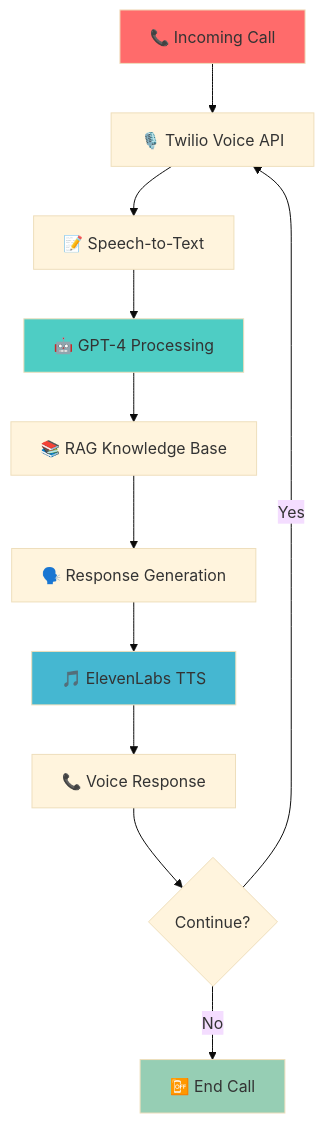
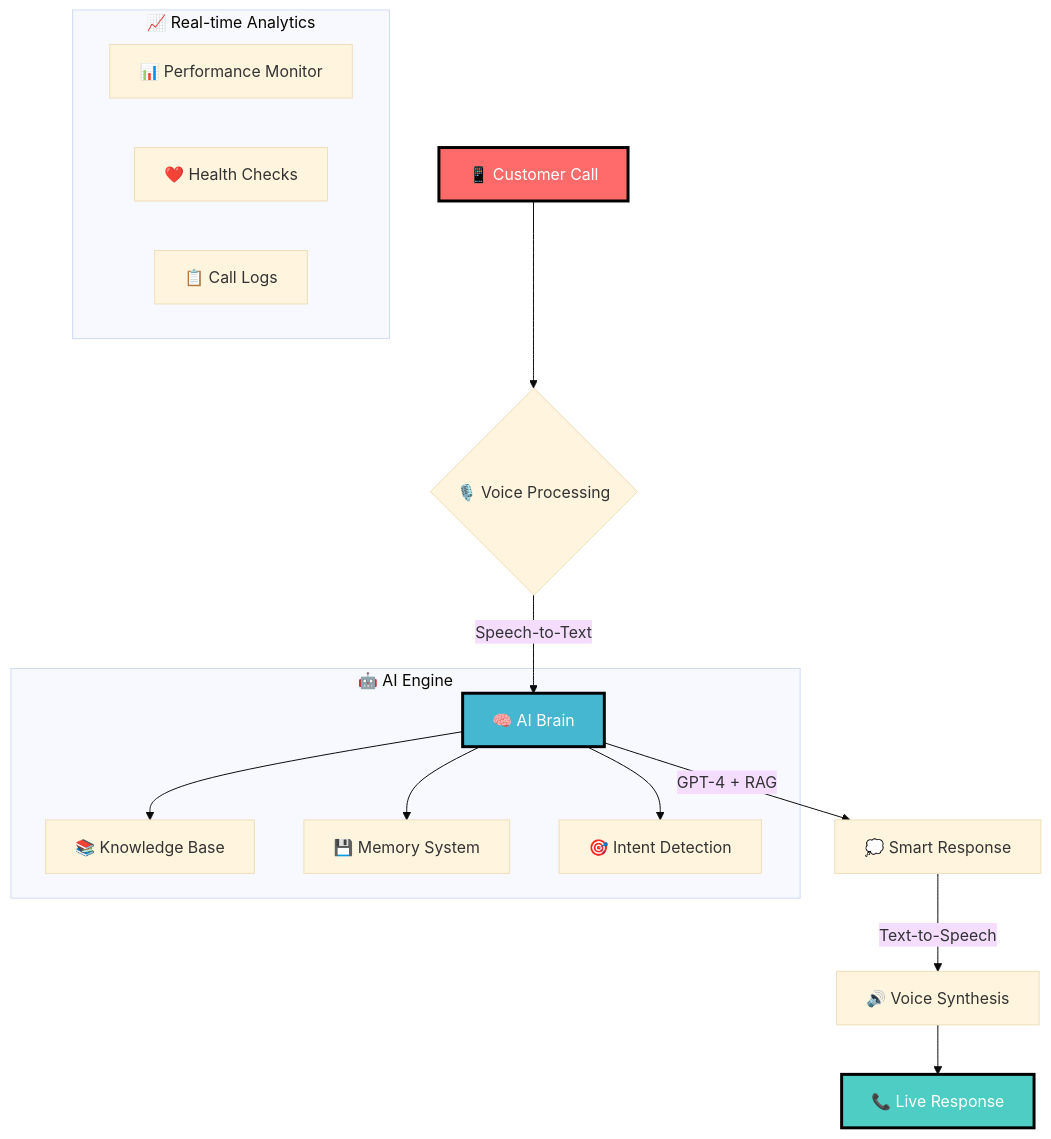
Before and after one commit to alam025/AI-voice-assistant-with-RAG-powered-customer-support: the diagram in README.md, drawn with Mermaid (base theme). The commit also changed other lines of this file, not shown here.

````diff
--- a/README.md
+++ b/README.md
@@ -65,18 +79,24 @@
 ```mermaid
 graph TD
-    A[📞 Incoming Call] --> B[🎙️ Twilio Voice API]
-    B --> C[📝 Speech-to-Text]
-    C --> D[🤖 GPT-4 Processing]
-    D --> E[📚 RAG Knowledge Base]
-    E --> F[🗣️ Response Generation]
-    F --> G[🎵 ElevenLabs TTS]
-    G --> H[📞 Voice Response]
-    H --> I{Continue?}
-    I -->|Yes| B
-    I -->|No| J[📴 End Call]
+    A[📱 Customer Call] --> B{🎙️ Voice Processing}
+    B -->|Speech-to-Text| C[🧠 AI Brain]
+    C -->|GPT-4 + RAG| D[💭 Smart Response]
+    D -->|Text-to-Speech| E[🔊 Voice Synthesis]
+    E --> F[📞 Live Response]
     
-    style A fill:#ff6b6b
-    style D fill:#4ecdc4
-    style G fill:#45b7d1
-    style J fill:#96ceb4
+    subgraph "🤖 AI Engine"
+        C --> G[📚 Knowledge Base]
+        C --> H[💾 Memory System]
+        C --> I[🎯 Intent Detection]
+    end
+    
+    subgraph "📈 Real-time Analytics"
+        J[📊 Performance Monitor]
+        K[❤️ Health Checks]
+        L[📋 Call Logs]
+    end
+    
+    style A fill:#ff6b6b,stroke:#000,stroke-width:3px,color:#fff
+    style F fill:#4ecdc4,stroke:#000,stroke-width:3px,color:#fff
+    style C fill:#45b7d1,stroke:#000,stroke-width:3px,color:#fff
 ```
````
